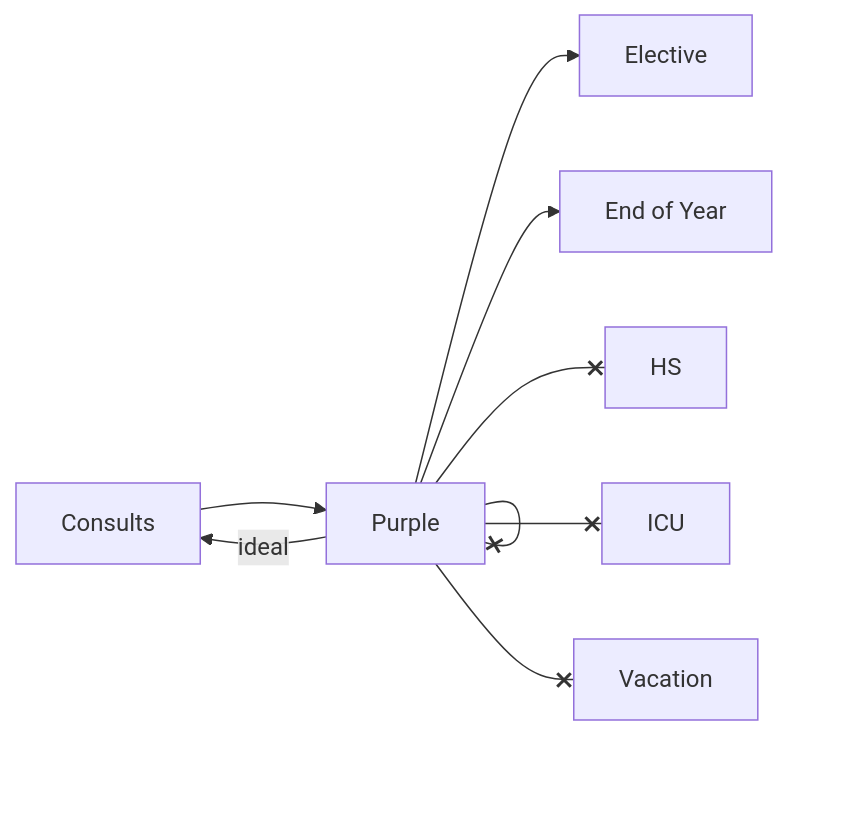
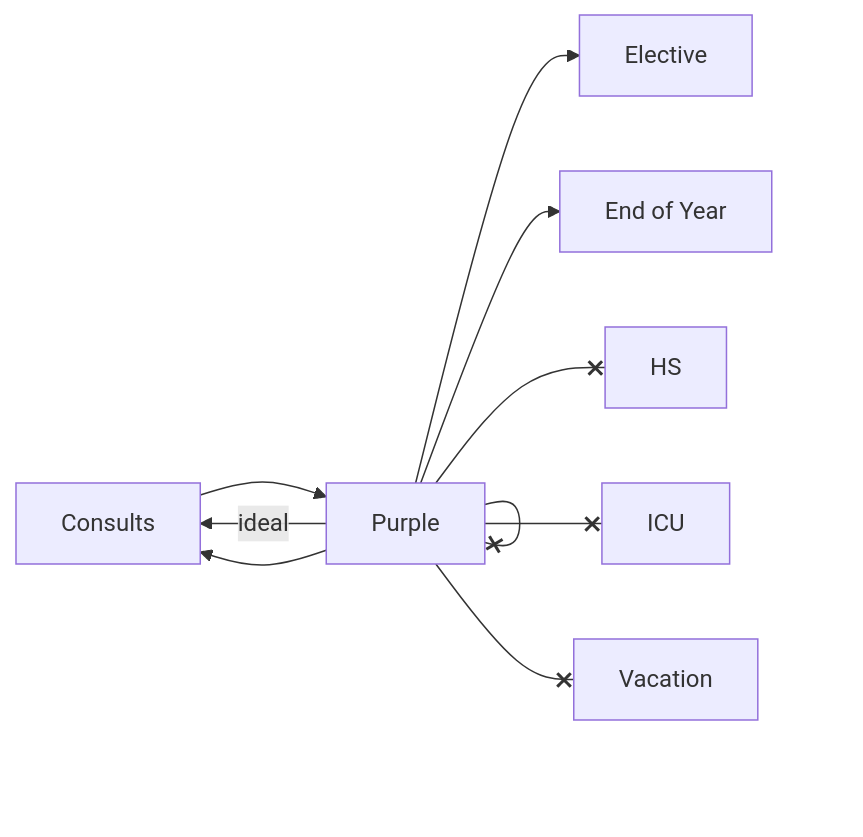
Before and after one commit to whitehaven/residency-mastermind: the diagram in docs/purple_problem.md, drawn with Mermaid. The commit also changed other lines of this file and 3 other files, not shown here.

````diff
--- a/docs/purple_problem.md
+++ b/docs/purple_problem.md
@@ -7,8 +11,8 @@
 ```mermaid
 graph LR
 ;
     Consults --> Purple -->|ideal| Consults 
-    Purple --> Elective
+    Purple --> Elective & Consults
     Purple --> E[End of Year]
     Purple --x HS & ICU & Purple & Vacation
 ```
````
